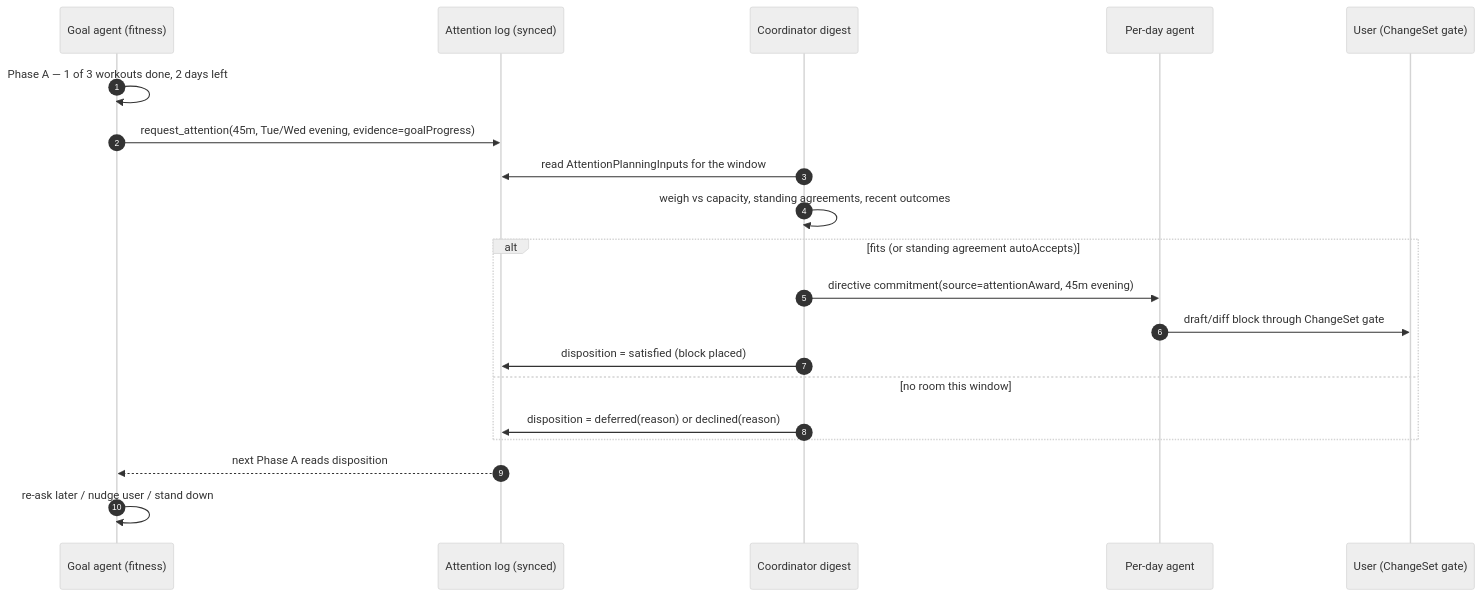
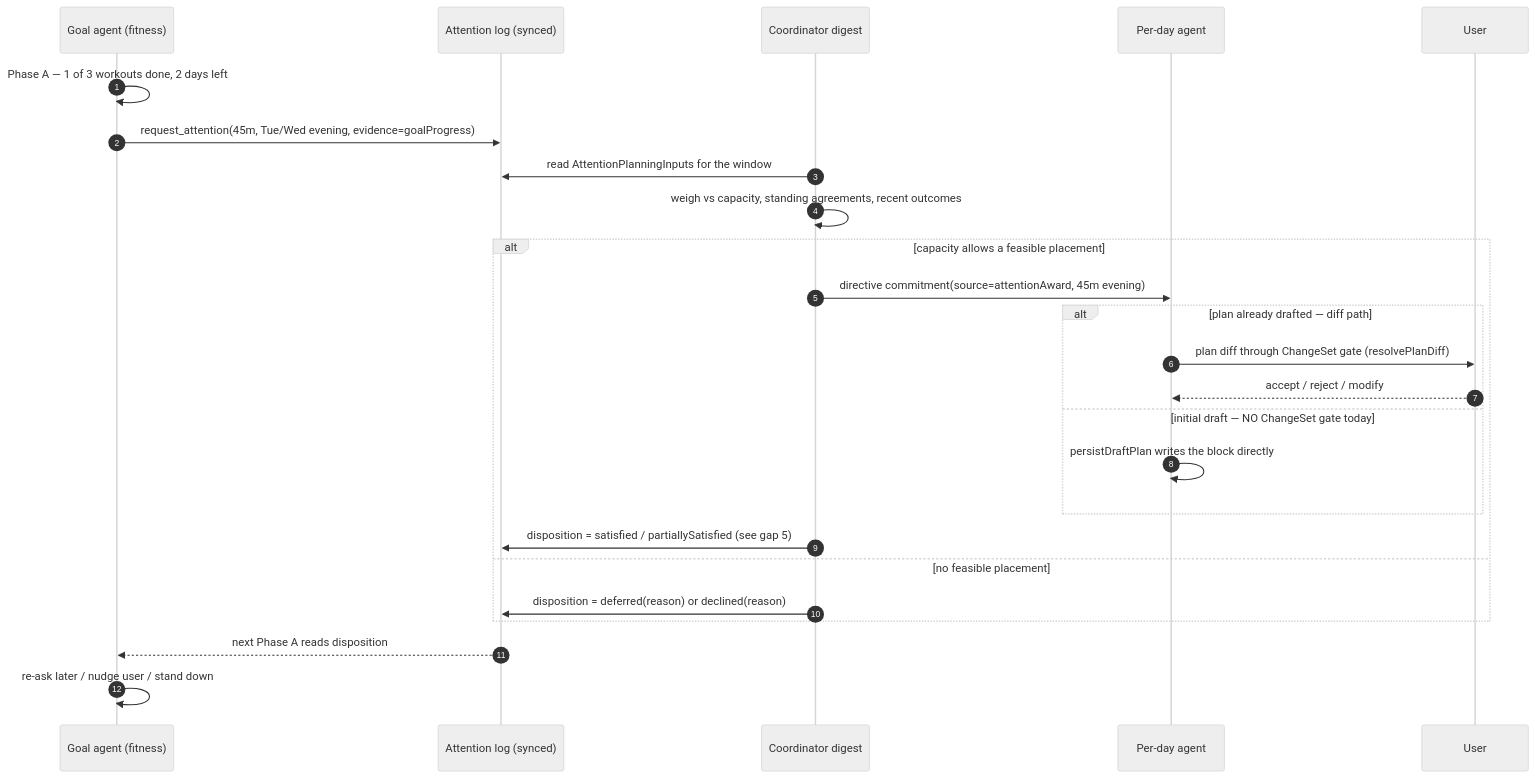
One commit to matthiasn/lotti changed the third of 4 diagrams in docs/implementation_plans/2026-08-13_goal_planner_negotiation.md. Above: the diagram before and after it, drawn with Mermaid (neutral theme). The commit also changed other lines of this file, not shown here.

````diff
--- a/docs/implementation_plans/2026-08-13_goal_planner_negotiation.md
+++ b/docs/implementation_plans/2026-08-13_goal_planner_negotiation.md
@@ -136,23 +143,28 @@
 ```mermaid
 sequenceDiagram
   autonumber
   participant G as Goal agent (fitness)
   participant L as Attention log (synced)
   participant C as Coordinator digest
   participant D as Per-day agent
-  participant U as User (ChangeSet gate)
+  participant U as User
 
   G->>G: Phase A — 1 of 3 workouts done, 2 days left
   G->>L: request_attention(45m, Tue/Wed evening, evidence=goalProgress)
   C->>L: read AttentionPlanningInputs for the window
   C->>C: weigh vs capacity, standing agreements, recent outcomes
-  alt fits (or standing agreement autoAccepts)
+  alt capacity allows a feasible placement
     C->>D: directive commitment(source=attentionAward, 45m evening)
-    D->>U: draft/diff block through ChangeSet gate
-    C->>L: disposition = satisfied (block placed)
-  else no room this window
+    alt plan already drafted — diff path
+      D->>U: plan diff through ChangeSet gate (resolvePlanDiff)
+      U-->>D: accept / reject / modify
+    else initial draft — NO ChangeSet gate today
+      D->>D: persistDraftPlan writes the block directly
+    end
+    C->>L: disposition = satisfied / partiallySatisfied (see gap 5)
+  else no feasible placement
     C->>L: disposition = deferred(reason) or declined(reason)
   end
   L-->>G: next Phase A reads disposition
   G->>G: re-ask later / nudge user / stand down
 ```
````
